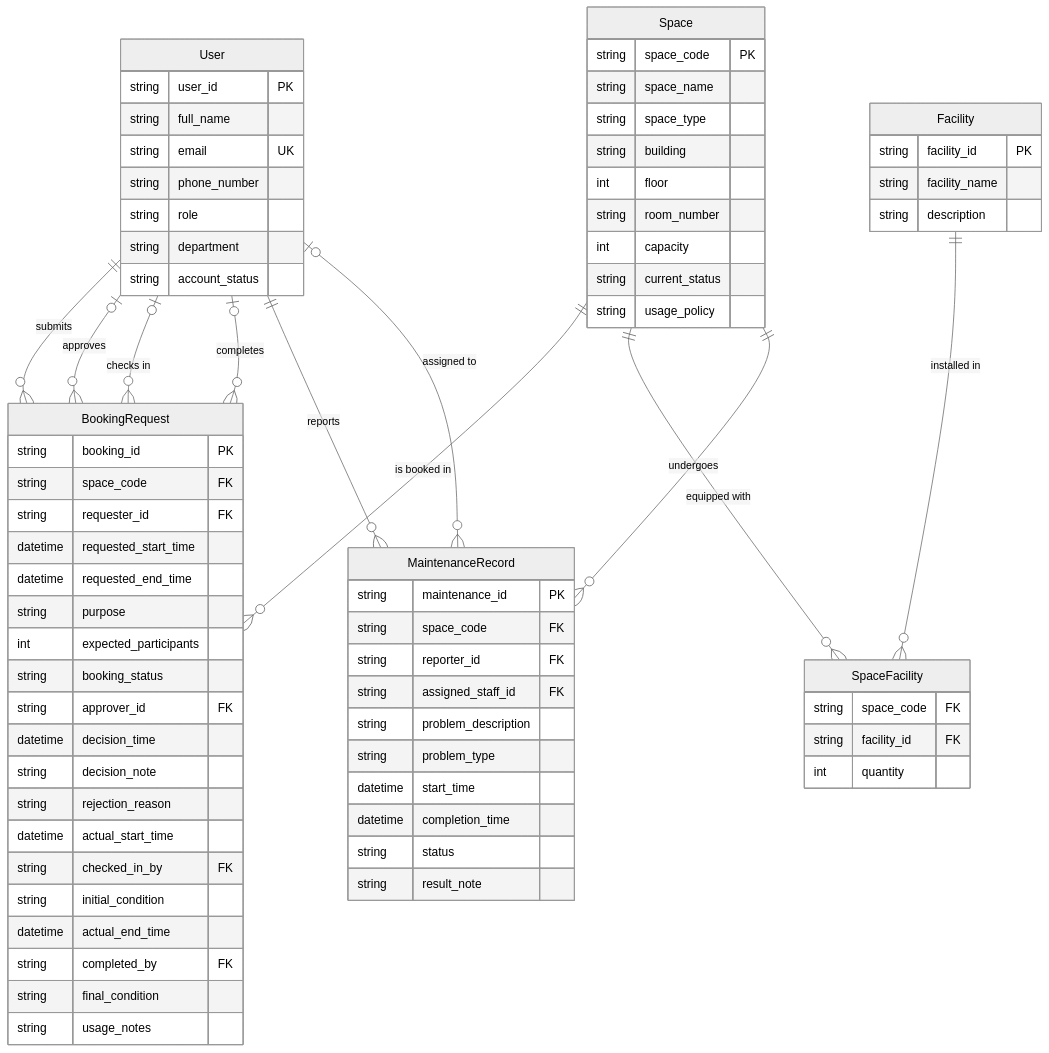
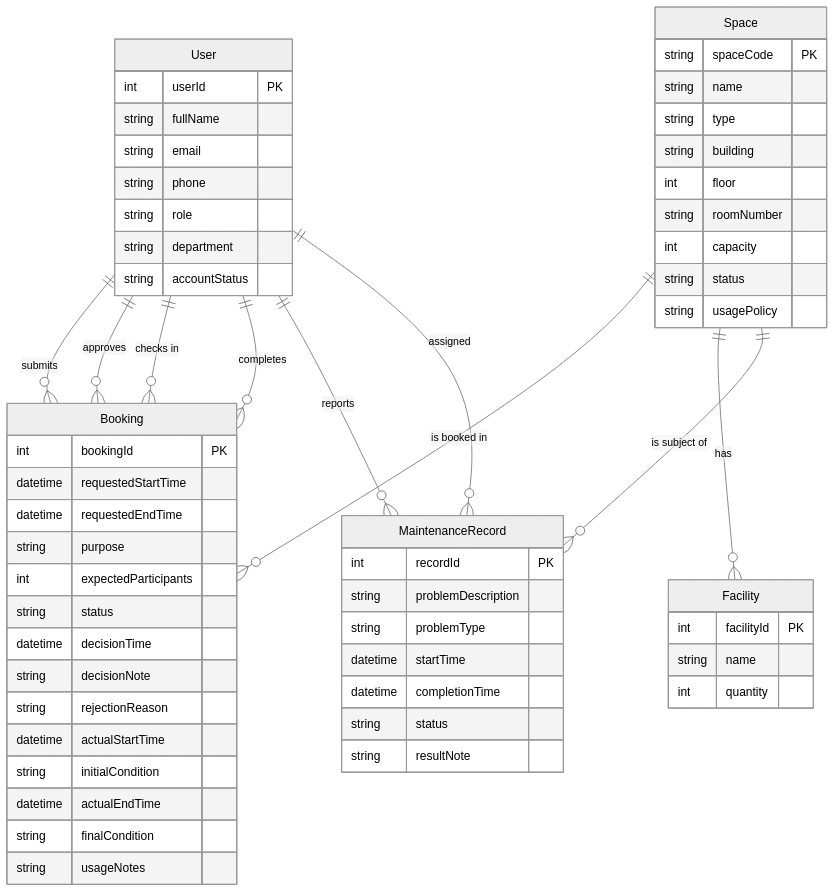
Before and after one commit to nmtamm/CS486_Project: the diagram in outputs/02-conceptual-design-erd.md, drawn with Mermaid (neutral theme). The commit also changed other lines of this file and 4 other files, not shown here.

````diff
--- a/outputs/02-conceptual-design-erd.md
+++ b/outputs/02-conceptual-design-erd.md
@@ -9,91 +9,67 @@
 ```mermaid
 erDiagram
     User {
-        string user_id PK
-        string full_name
-        string email UK
-        string phone_number
+        int userId PK
+        string fullName
+        string email
+        string phone
         string role
         string department
-        string account_status
+        string accountStatus
     }
 
     Space {
-        string space_code PK
-        string space_name
-        string space_type
+        string spaceCode PK
+        string name
+        string type
         string building
         int floor
-        string room_number
+        string roomNumber
         int capacity
-        string current_status
-        string usage_policy
+        string status
+        string usagePolicy
     }
 
     Facility {
-        string facility_id PK
-        string facility_name
-        string description
-    }
-
-    SpaceFacility {
-        string space_code FK
-        string facility_id FK
+        int facilityId PK
+        string name
         int quantity
     }
 
-    BookingRequest {
-        string booking_id PK
-        string space_code FK
-        string requester_id FK
-        datetime requested_start_time
-        datetime requested_end_time
+    Booking {
+        int bookingId PK
+        datetime requestedStartTime
+        datetime requestedEndTime
         string purpose
-        int expected_participants
-        string booking_status
-        string approver_id FK
-        datetime decision_time
-        string decision_note
-        string rejection_reason
-        datetime actual_start_time
-        string checked_in_by FK
-        string initial_condition
-        datetime actual_end_time
-        string completed_by FK
-        string final_condition
-        string usage_notes
+        int expectedParticipants
+        string status
+        datetime decisionTime
+        string decisionNote
+        string rejectionReason
+        datetime actualStartTime
+        string initialCondition
+        datetime actualEndTime
+        string finalCondition
+        string usageNotes
     }
 
     MaintenanceRecord {
-        string maintenance_id PK
-        string space_code FK
-        string reporter_id FK
-        string assigned_staff_id FK
-        string problem_description
-        string problem_type
-        datetime start_time
-        datetime completion_time
+        int recordId PK
+        string problemDescription
+        string problemType
+        datetime startTime
+        datetime completionTime
         string status
-        string result_note
+        string resultNote
     }
 
-    User ||--o{ BookingRequest : "submits"
-
-    Space ||--o{ BookingRequest : "is booked in"
-
-    User |o--o{ BookingRequest : "approves"
-
-    User |o--o{ BookingRequest : "checks in"
-
-    User |o--o{ BookingRequest : "completes"
-
-    Space ||--o{ SpaceFacility : "equipped with"
-
-    Facility ||--o{ SpaceFacility : "installed in"
-
-    User ||--o{ MaintenanceRecord : "reports"
-
-    User |o--o{ MaintenanceRecord : "assigned to"
-
-    Space ||--o{ MaintenanceRecord : "undergoes"
+    User ||--o{ Booking : submits
+    User ||--o{ Booking : approves
+    User ||--o{ Booking : "checks in"
+    User ||--o{ Booking : completes
+    Space  ||--o{ Booking : "is booked in"
+    Space  ||--o{ Facility : has
+    Space  ||--o{ MaintenanceRecord : "is subject of"
+    User   ||--o{ MaintenanceRecord : reports
+    User   ||--o{ MaintenanceRecord : assigned
 ```
````
